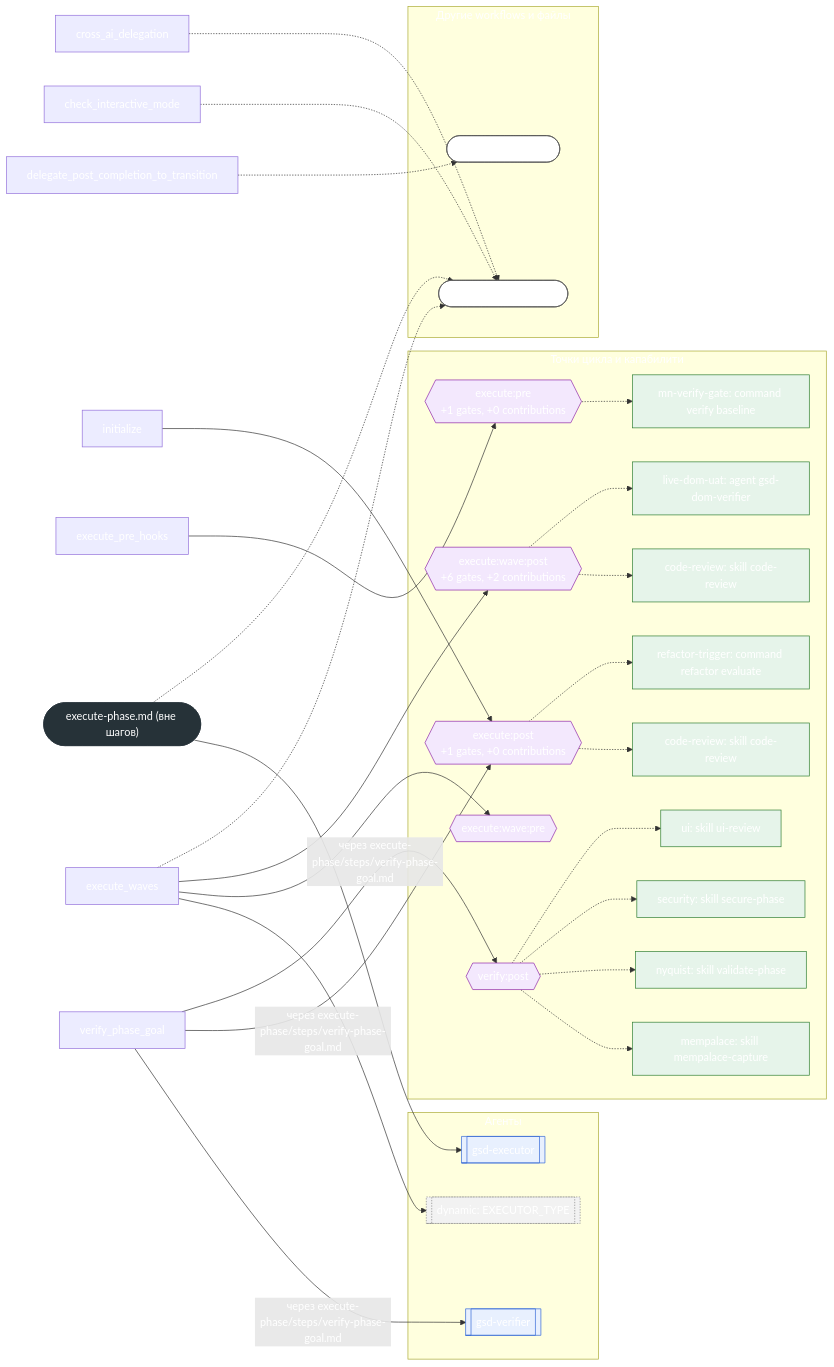
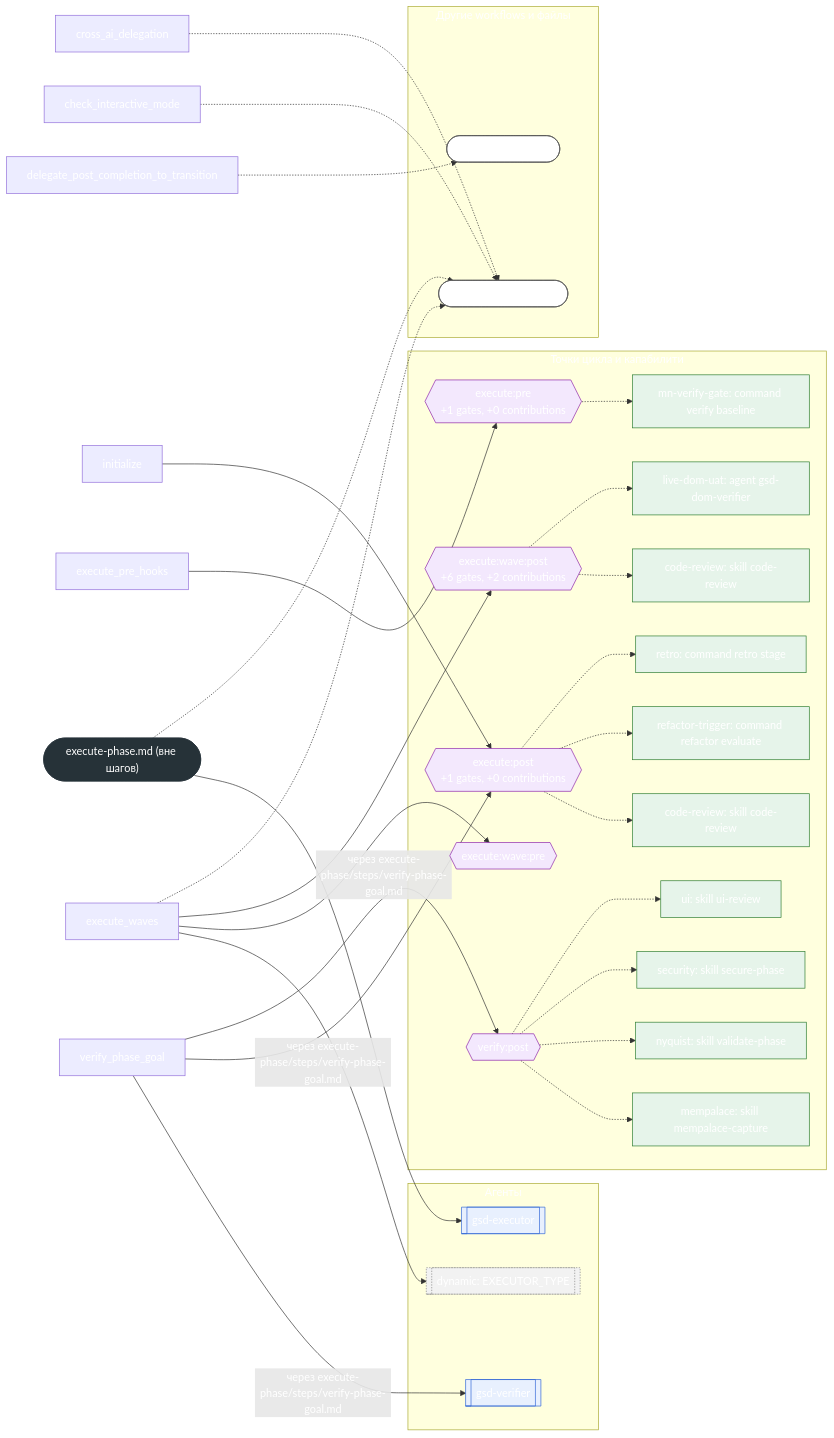
One commit to Govorin/gsd-core changed the second of 2 diagrams in docs/reference/workflow-maps/execute-phase.md. Above: the diagram before and after it, drawn with Mermaid. The commit also changed 10 other files, not shown here.

````diff
--- a/docs/reference/workflow-maps/execute-phase.md
+++ b/docs/reference/workflow-maps/execute-phase.md
@@ -79,69 +79,71 @@
 ```mermaid
 flowchart LR
   subgraph g_agents["Агенты"]
     a_gsd_executor[["gsd-executor"]]:::agent
     d_a_dyn_EXECUTOR_TYPE[["dynamic#58; EXECUTOR_TYPE"]]:::dynamic
     a_gsd_verifier[["gsd-verifier"]]:::agent
   end
   subgraph g_points["Точки цикла и капабилити"]
     p_execute_post{{"execute#58;post<br/>+1 gates, +0 contributions"}}:::point
     c_execute_post_code_review_skill_code_review["code-review#58; skill code-review"]:::capability
     c_execute_post_refactor_trigger_command_refactor_evaluate["refactor-trigger#58; command refactor evaluate"]:::capability
+    c_execute_post_retro_command_retro_stage["retro#58; command retro stage"]:::capability
     p_execute_pre{{"execute#58;pre<br/>+1 gates, +0 contributions"}}:::point
     c_execute_pre_mn_verify_gate_command_verify_baseline["mn-verify-gate#58; command verify baseline"]:::capability
     p_execute_wave_pre{{"execute#58;wave#58;pre"}}:::point
     p_execute_wave_post{{"execute#58;wave#58;post<br/>+6 gates, +2 contributions"}}:::point
     c_execute_wave_post_code_review_skill_code_review["code-review#58; skill code-review"]:::capability
     c_execute_wave_post_live_dom_uat_agent_gsd_dom_verifier["live-dom-uat#58; agent gsd-dom-verifier"]:::capability
     p_verify_post{{"verify#58;post"}}:::point
     c_verify_post_mempalace_skill_mempalace_capture["mempalace#58; skill mempalace-capture"]:::capability
     c_verify_post_nyquist_skill_validate_phase["nyquist#58; skill validate-phase"]:::capability
     c_verify_post_security_skill_secure_phase["security#58; skill secure-phase"]:::capability
     c_verify_post_ui_skill_ui_review["ui#58; skill ui-review"]:::capability
   end
   subgraph g_files["Другие workflows и файлы"]
     w_gsd_core_workflows_execute_plan_md(["workflow#58; execute-plan"]):::workflow
     w_gsd_core_workflows_transition_md(["workflow#58; transition"]):::workflow
   end
   wf_root(["execute-phase.md (вне шагов)"]):::root
   u_step_initialize["initialize"]
   u_step_check_interactive_mode["check_interactive_mode"]
   u_step_execute_pre_hooks["execute_pre_hooks"]
   u_step_cross_ai_delegation["cross_ai_delegation"]
   u_step_execute_waves["execute_waves"]
   u_step_verify_phase_goal["verify_phase_goal"]
   u_step_delegate_post_completion_to_transition["delegate_post_completion_to_transition"]
   wf_root --> a_gsd_executor
   u_step_execute_waves --> d_a_dyn_EXECUTOR_TYPE
   u_step_verify_phase_goal -->|"через execute-phase/steps/verify-phase-goal.md"| a_gsd_verifier
   p_execute_post -.-> c_execute_post_code_review_skill_code_review
   p_execute_post -.-> c_execute_post_refactor_trigger_command_refactor_evaluate
+  p_execute_post -.-> c_execute_post_retro_command_retro_stage
   u_step_initialize --> p_execute_post
   p_execute_pre -.-> c_execute_pre_mn_verify_gate_command_verify_baseline
   u_step_execute_pre_hooks --> p_execute_pre
   u_step_execute_waves --> p_execute_wave_pre
   p_execute_wave_post -.-> c_execute_wave_post_code_review_skill_code_review
   p_execute_wave_post -.-> c_execute_wave_post_live_dom_uat_agent_gsd_dom_verifier
   u_step_execute_waves --> p_execute_wave_post
   u_step_verify_phase_goal -->|"через execute-phase/steps/verify-phase-goal.md"| p_execute_post
   p_verify_post -.-> c_verify_post_mempalace_skill_mempalace_capture
   p_verify_post -.-> c_verify_post_nyquist_skill_validate_phase
   p_verify_post -.-> c_verify_post_security_skill_secure_phase
   p_verify_post -.-> c_verify_post_ui_skill_ui_review
   u_step_verify_phase_goal -->|"через execute-phase/steps/verify-phase-goal.md"| p_verify_post
   wf_root -.-> w_gsd_core_workflows_execute_plan_md
   u_step_check_interactive_mode -.-> w_gsd_core_workflows_execute_plan_md
   u_step_cross_ai_delegation -.-> w_gsd_core_workflows_execute_plan_md
   u_step_execute_waves -.-> w_gsd_core_workflows_execute_plan_md
   u_step_delegate_post_completion_to_transition -.-> w_gsd_core_workflows_transition_md
   classDef missing fill:#fdecea,stroke:#d33,stroke-dasharray:4 3
   classDef unparsed fill:#f5f5f5,stroke:#999999,stroke-dasharray:4 3,color:#555
   classDef conditional fill:#fff8e1,stroke:#b28704
   classDef root fill:#263238,color:#ffffff,stroke:#263238
   classDef agent fill:#e8f0fe,stroke:#3367d6
   classDef builtin fill:#eeeeee,stroke:#777777
   classDef capability fill:#e6f4ea,stroke:#2e7d32
   classDef dynamic fill:#f2f2f2,stroke:#888,stroke-dasharray:2 2
   classDef point fill:#f3e8fd,stroke:#8e24aa
   classDef workflow fill:#ffffff,stroke:#555555
 ```
````
